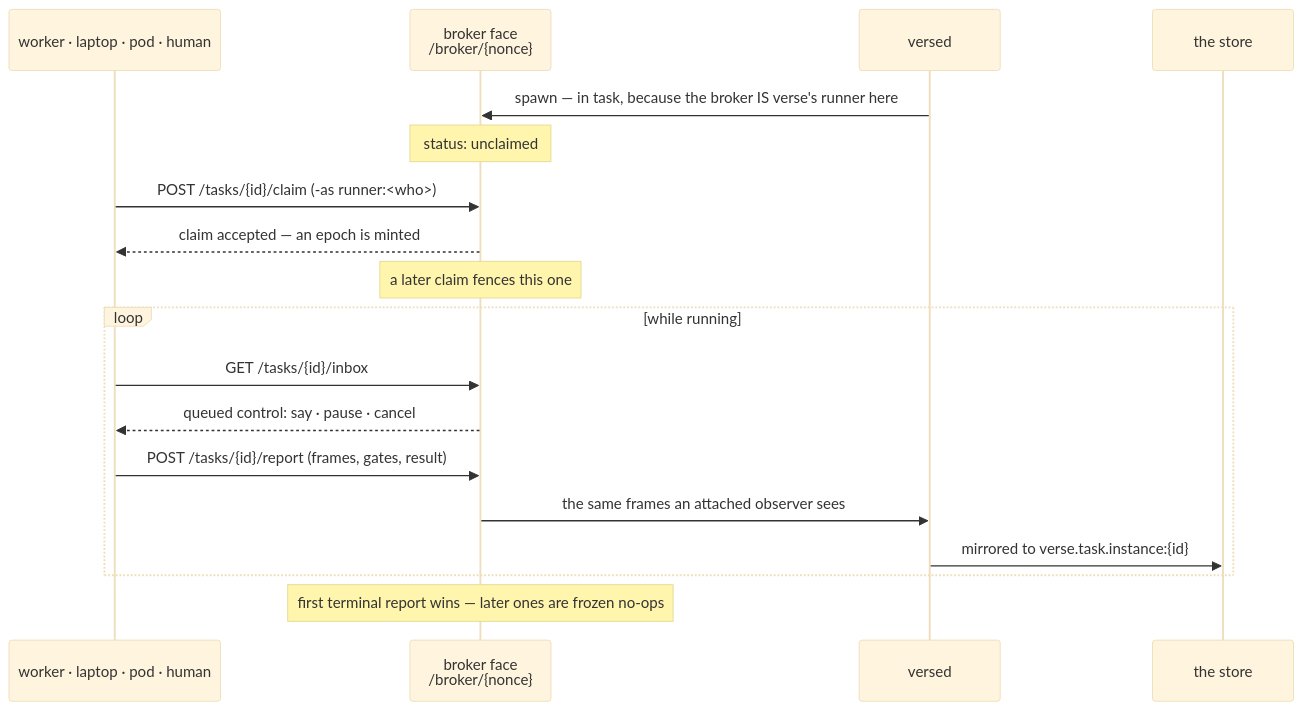
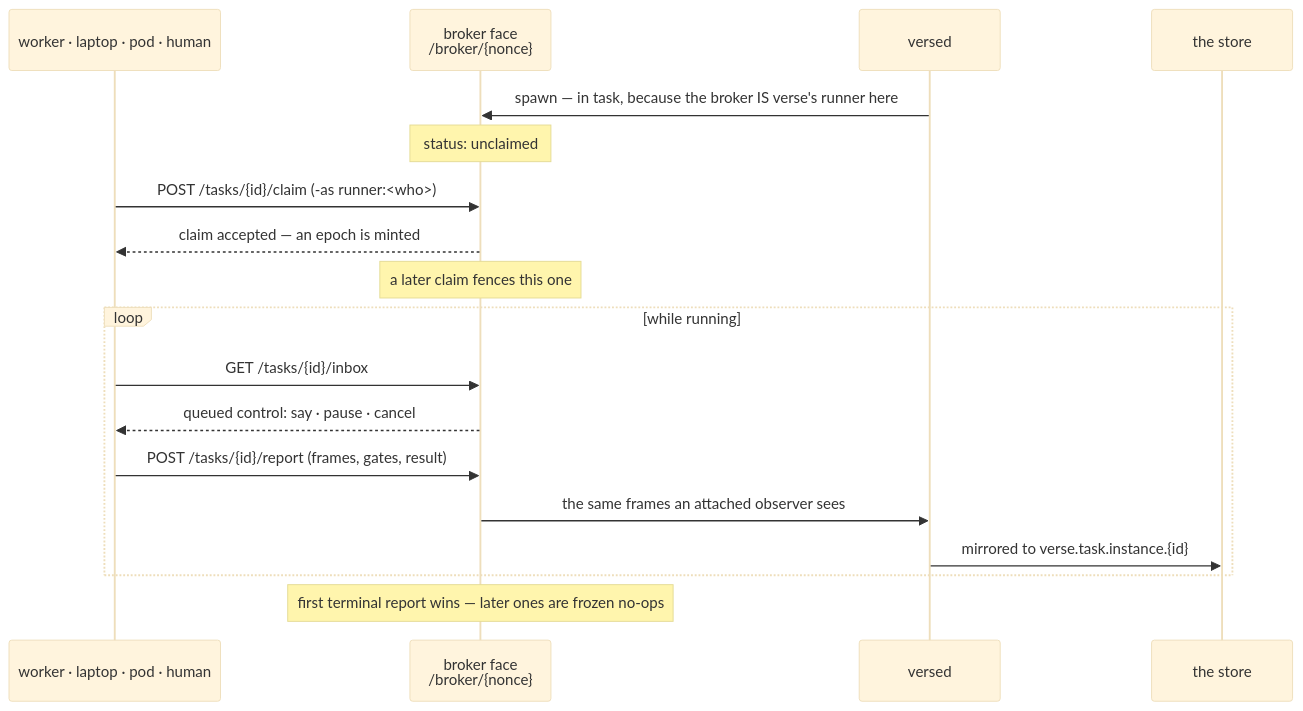
The third of 4 diagrams in docs/seams.md (signadot/viff), drawn with Mermaid (base theme) before and after one commit. The commit also changed other lines of this file and 31 other files, not shown here.

````diff
--- a/docs/seams.md
+++ b/docs/seams.md
@@ -188,21 +188,21 @@
 ```mermaid
 sequenceDiagram
   participant W as worker · laptop · pod · human
   participant B as broker face<br/>/broker/{nonce}
   participant V as versed
   participant S as the store
 
   V->>B: spawn — in task, because the broker IS verse's runner here
   Note over B: status: unclaimed
   W->>B: POST /tasks/{id}/claim  (-as runner:<who>)
   B-->>W: claim accepted — an epoch is minted
   Note over B: a later claim fences this one
   loop while running
     W->>B: GET /tasks/{id}/inbox
     B-->>W: queued control: say · pause · cancel
     W->>B: POST /tasks/{id}/report (frames, gates, result)
     B->>V: the same frames an attached observer sees
-    V->>S: mirrored to verse.task.instance:{id}
+    V->>S: mirrored to verse.task.instance.{id}
   end
   Note over B: first terminal report wins — later ones are frozen no-ops
 ```
````
